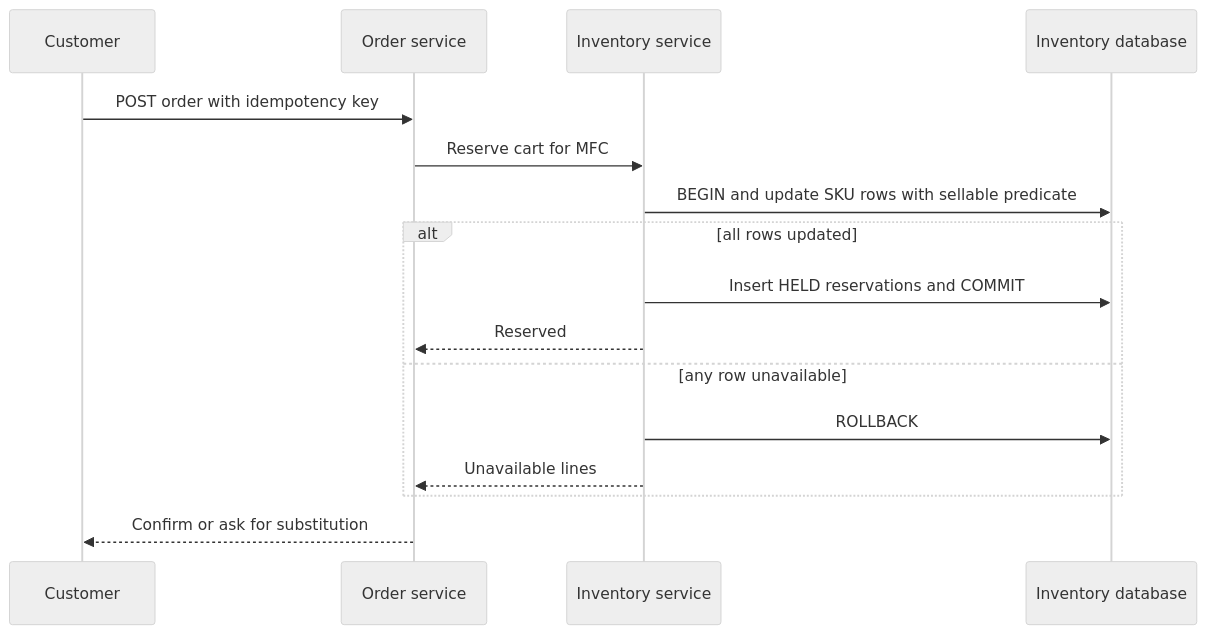
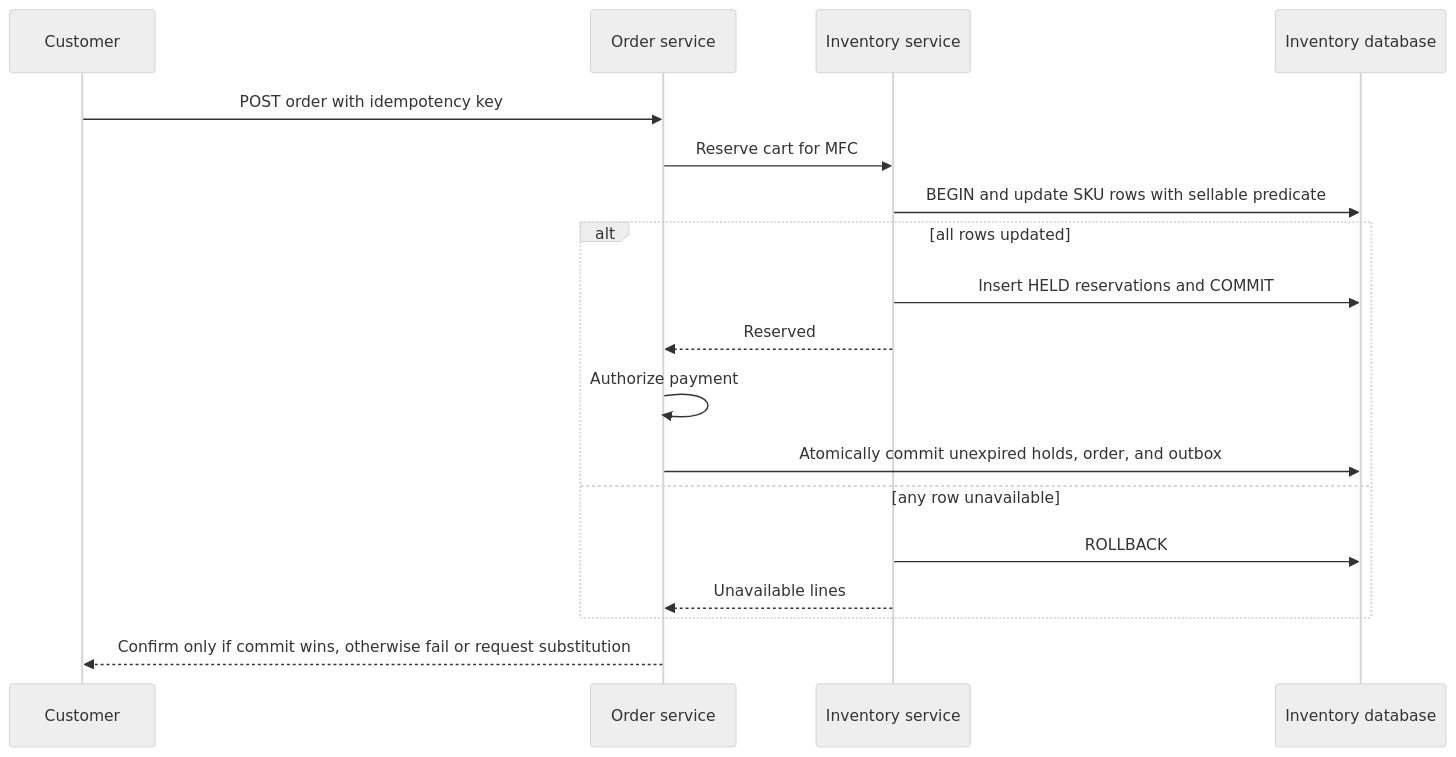
Before and after one commit to Pranshu258/system-design: the third of 5 diagrams in local-delivery-system-design.md, drawn with Mermaid (neutral theme). The commit also changed other lines of this file and 23 other files, not shown here.

````diff
--- a/local-delivery-system-design.md
+++ b/local-delivery-system-design.md
@@ -221,18 +222,20 @@
 ```mermaid
 sequenceDiagram
     participant C as Customer
     participant O as Order service
     participant I as Inventory service
     participant DB as Inventory database
     C->>O: POST order with idempotency key
     O->>I: Reserve cart for MFC
     I->>DB: BEGIN and update SKU rows with sellable predicate
     alt all rows updated
         I->>DB: Insert HELD reservations and COMMIT
         I-->>O: Reserved
+        O->>O: Authorize payment
+        O->>DB: Atomically commit unexpired holds, order, and outbox
     else any row unavailable
         I->>DB: ROLLBACK
         I-->>O: Unavailable lines
     end
-    O-->>C: Confirm or ask for substitution
+    O-->>C: Confirm only if commit wins, otherwise fail or request substitution
 ```
````
